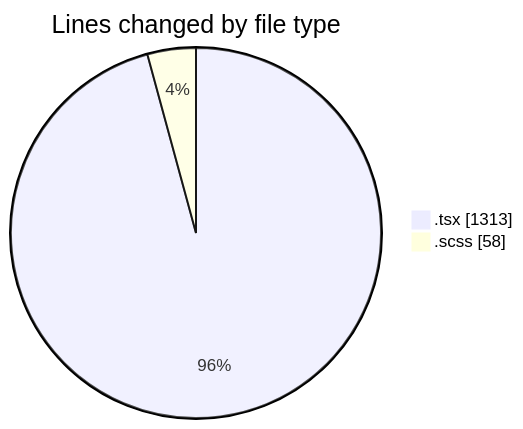
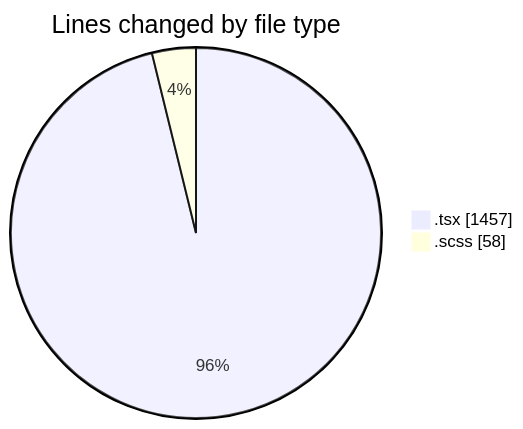
One commit to momahboobian/code-tracking changed the first of 2 diagrams in 2026-10-05/cda/README.md. Above: the diagram before and after it, drawn with Mermaid. The commit also changed other lines of this file and 1 other file, not shown here.

````diff
--- a/2026-10-05/cda/README.md
+++ b/2026-10-05/cda/README.md
@@ -28,6 +28,6 @@
 ```mermaid
 pie showData
 title Lines changed by file type
-".tsx" : 1313
+".tsx" : 1457
 ".scss" : 58
 ```
````
